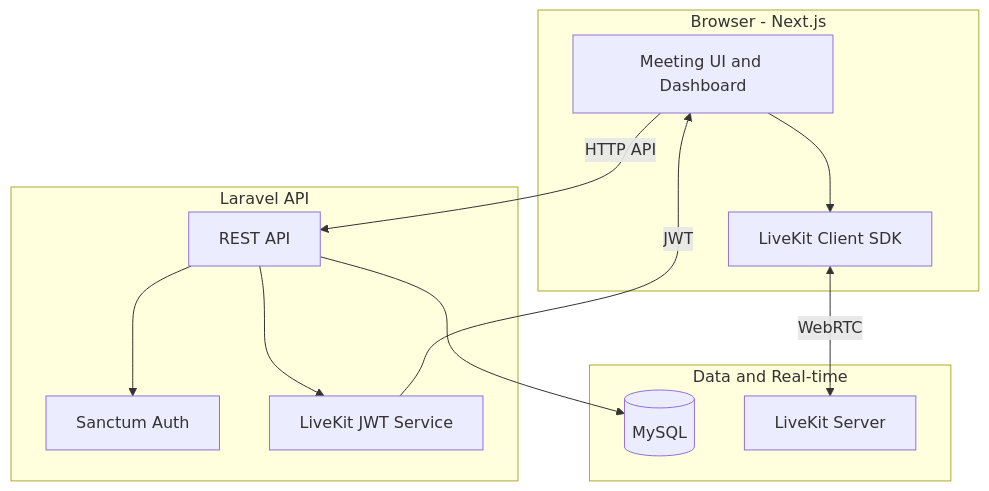
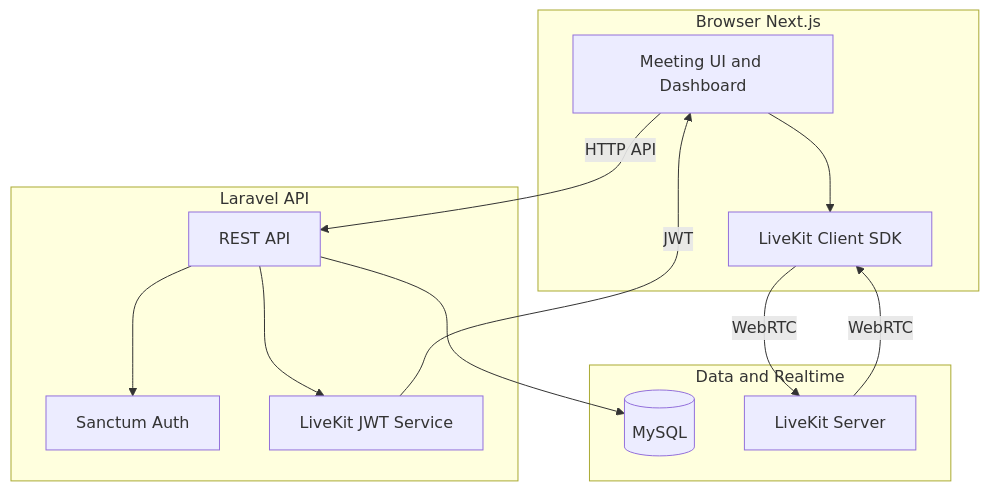
One commit to GhayoorAli/meetme changed the first of 2 diagrams in README.md. Above: the diagram before and after it, drawn with Mermaid.

````diff
--- a/README.md
+++ b/README.md
@@ -39,26 +39,27 @@
 ```mermaid
-flowchart TB
-    subgraph client [Browser - Next.js]
-        UI[Meeting UI and Dashboard]
-        LK[LiveKit Client SDK]
+graph TB
+    subgraph client ["Browser Next.js"]
+        UI["Meeting UI and Dashboard"]
+        LK["LiveKit Client SDK"]
         UI --> LK
     end
 
-    subgraph backend [Laravel API]
-        API[REST API]
-        Auth[Sanctum Auth]
-        Token[LiveKit JWT Service]
+    subgraph backend ["Laravel API"]
+        API["REST API"]
+        Auth["Sanctum Auth"]
+        Token["LiveKit JWT Service"]
         API --> Auth
         API --> Token
     end
 
-    subgraph data [Data and Real-time]
+    subgraph data ["Data and Realtime"]
         DB[(MySQL)]
-        LKS[LiveKit Server]
+        LKS["LiveKit Server"]
     end
 
-    UI -->|HTTP API| API
+    UI -->|"HTTP API"| API
     API --> DB
-    Token -->|JWT| UI
-    LK <-->|WebRTC| LKS
+    Token -->|"JWT"| UI
+    LK -->|"WebRTC"| LKS
+    LKS -->|"WebRTC"| LK
 ```
````
